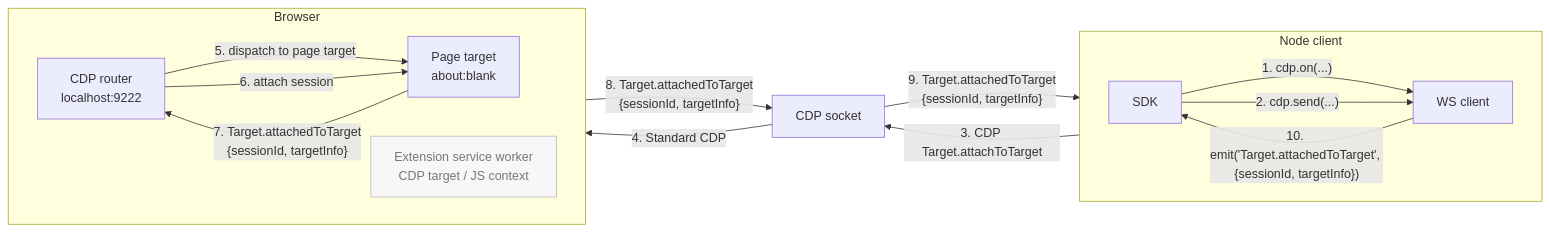
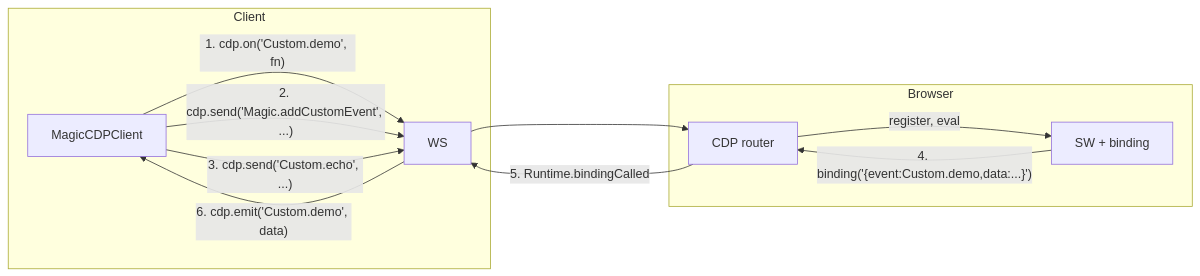
One commit to pirate/chrome-cdp-extension-bridge changed the second of 2 diagrams in README.md. Above: the diagram before and after it, drawn with Mermaid. The commit also changed other lines of this file, not shown here.

````diff
--- a/README.md
+++ b/README.md
@@ -300,31 +177,19 @@
 ```mermaid
 flowchart LR
-  subgraph Node["Node client"]
-    direction LR
-    SDK["SDK"]
-    WS["WS client"]
-    SDK -->|"1. cdp.on(...)"| WS
-    SDK -->|"2. cdp.send(...)"| WS
+  subgraph Node["Client"]
+    SDK["MagicCDPClient"]
+    WS["WS"]
+    SDK -->|"1. cdp.on('Custom.demo', fn)"| WS
+    SDK -->|"2. cdp.send('Magic.addCustomEvent', ...)"| WS
+    SDK -->|"3. cdp.send('Custom.echo', ...)"| WS
   end
-
-  subgraph Browser["Browser"]
-    direction LR
-    CDP["CDP router<br/>localhost:9222"]
-    SW["Extension service worker<br/>CDP target / JS context"]
-    Page["Page target<br/>about:blank"]
-    CDP -->|"5. dispatch to page target"| Page
+  subgraph Browser
+    CDP["CDP router"]
+    SW["SW + binding"]
+    CDP -->|"register, eval"| SW
   end
-
-  Socket["CDP socket"]
-
-  WS -->|"3. CDP Target.attachToTarget"| Socket
-  Socket -->|"4. Standard CDP"| CDP
-  CDP -->|"6. attach session"| Page
-  Page -->|"7. Target.attachedToTarget<br/>{sessionId, targetInfo}"| CDP
-  CDP -->|"8. Target.attachedToTarget<br/>{sessionId, targetInfo}"| Socket
-  Socket -->|"9. Target.attachedToTarget<br/>{sessionId, targetInfo}"| WS
-  WS -->|"10. emit('Target.attachedToTarget', {sessionId, targetInfo})"| SDK
-
-  classDef idle fill:#f7f7f7,stroke:#bbb,color:#777;
-  class SW idle;
+  WS --> CDP
+  SW -->|"4. binding('{event:Custom.demo,data:...}')"| CDP
+  CDP -->|"5. Runtime.bindingCalled"| WS
+  WS -->|"6. cdp.emit('Custom.demo', data)"| SDK
 ```
````
